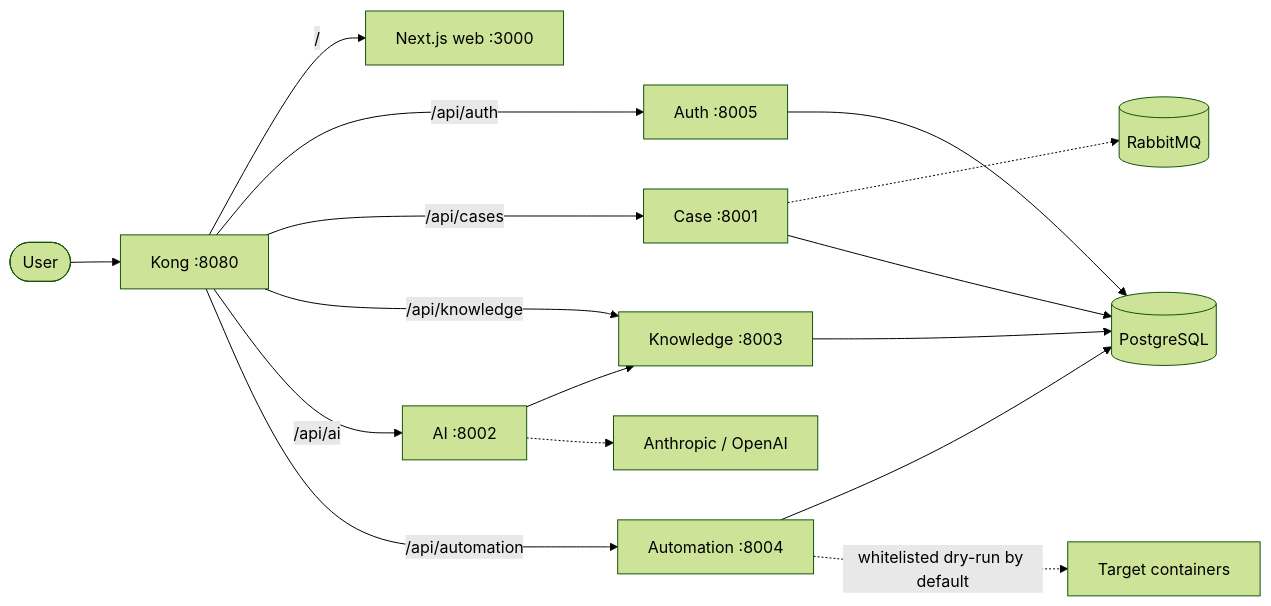
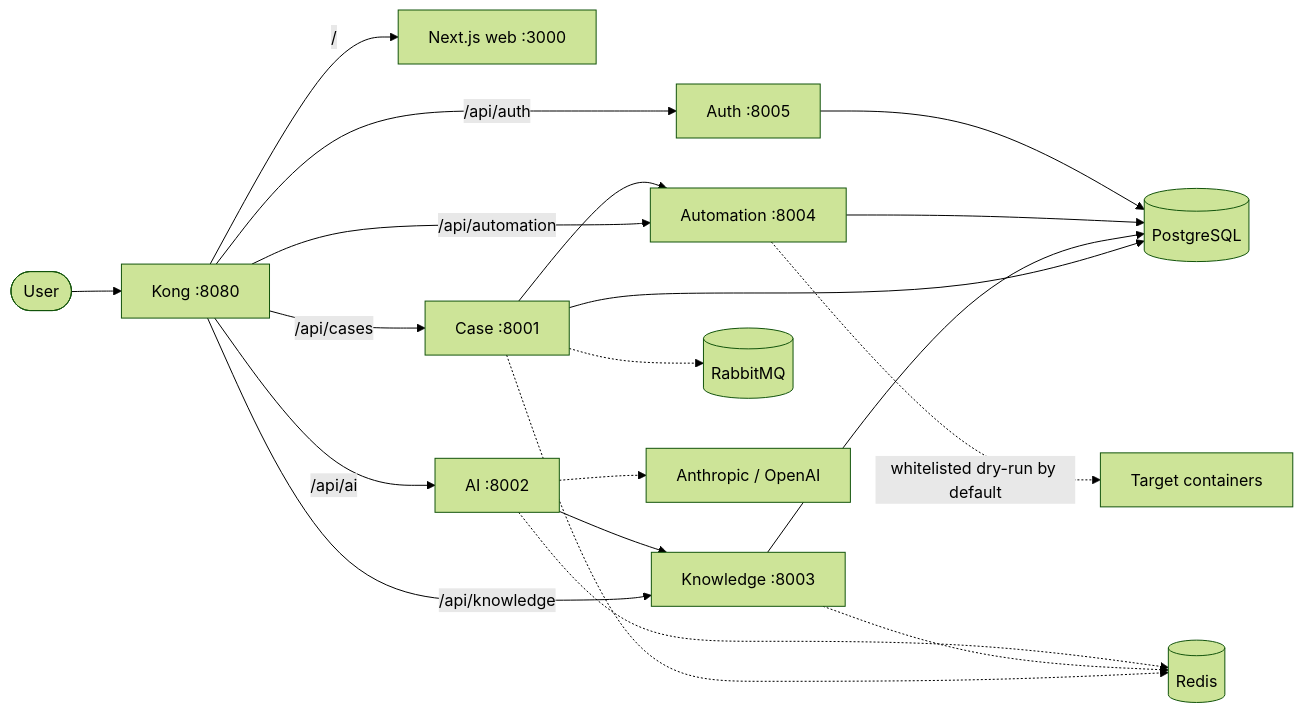
Before and after one commit to dipeshpandit12/reTedAI: the diagram in README.md, drawn with Mermaid (forest theme). The commit also changed other lines of this file, not shown here.

First line of the commit message:
docs(repo): document redis caching in README

````diff
--- a/README.md
+++ b/README.md
@@ -9,18 +9,22 @@
 ```mermaid
 flowchart LR
     user([User]) --> kong[Kong :8080]
     kong -->|/| web[Next.js web :3000]
     kong -->|/api/auth| auth[Auth :8005]
     kong -->|/api/cases| cases[Case :8001]
     kong -->|/api/knowledge| knowledge[Knowledge :8003]
     kong -->|/api/ai| ai[AI :8002]
     kong -->|/api/automation| automation[Automation :8004]
+    cases --> automation
     cases -.-> rabbit[(RabbitMQ)]
     cases --> db[(PostgreSQL)]
+    cases -.-> redis[(Redis)]
     knowledge --> db
+    knowledge -.-> redis
     ai --> knowledge
+    ai -.-> redis
     ai -.-> provider[Anthropic / OpenAI]
     automation --> db
     auth --> db
     automation -. whitelisted dry-run by default .-> targets[Target containers]
 ```
````
